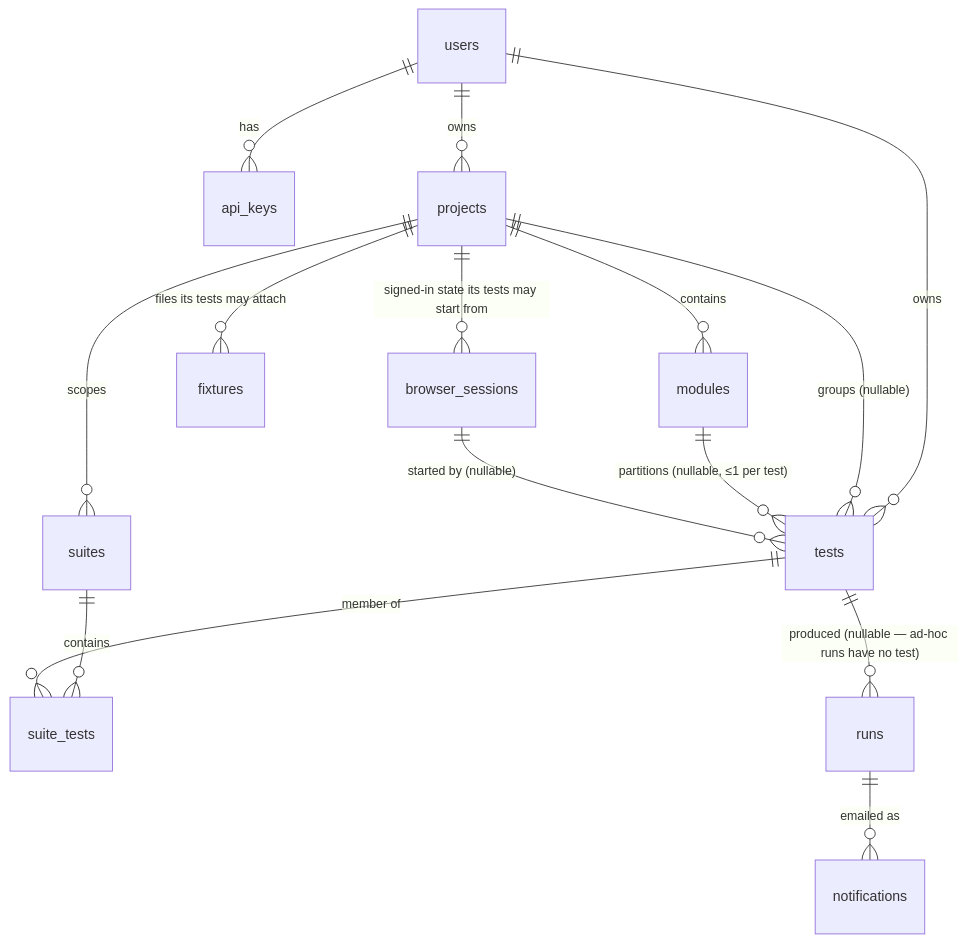
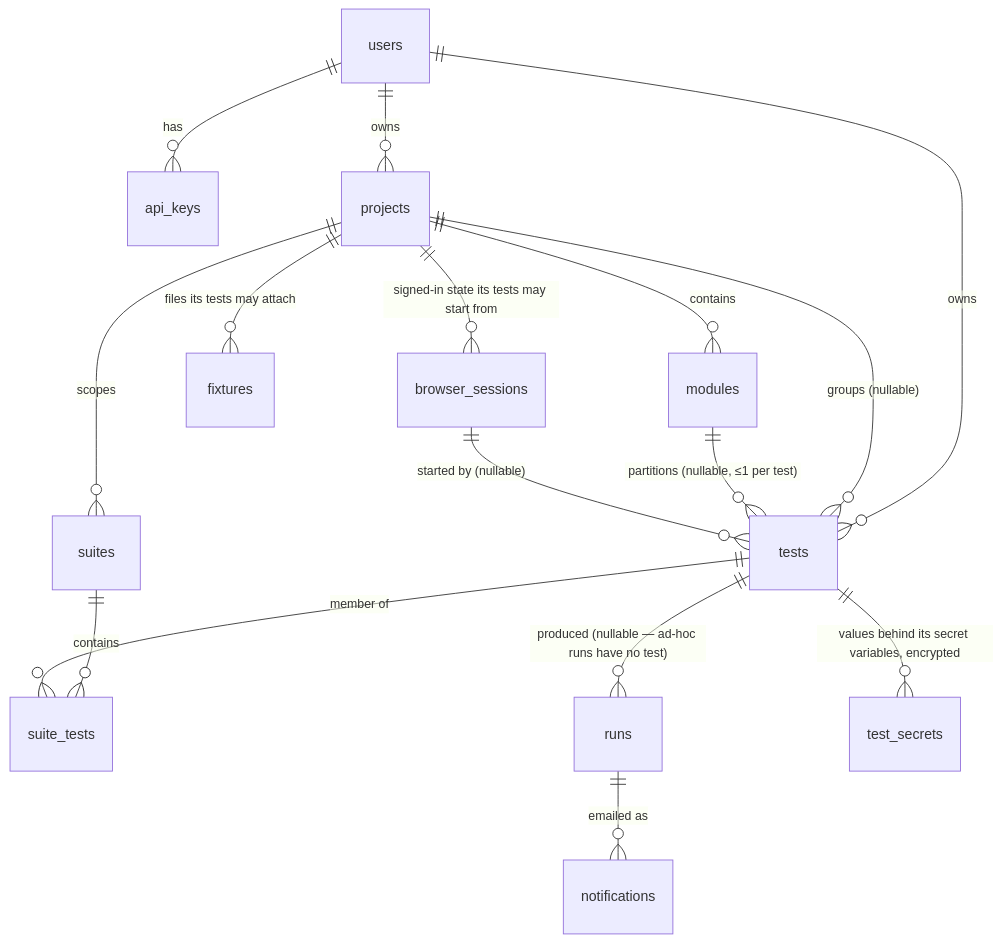
The diagram in db/README.md (rszhd/qassist), drawn with Mermaid before and after one commit. The commit also changed other lines of this file and 24 other files, not shown here.

````diff
--- a/db/README.md
+++ b/db/README.md
@@ -32,17 +32,18 @@
 ```mermaid
 erDiagram
   users    ||--o{ api_keys : has
   users    ||--o{ tests : owns
   users    ||--o{ projects : owns
   projects ||--o{ modules : contains
   projects ||--o{ suites : scopes
   projects ||--o{ tests : "groups (nullable)"
   modules  ||--o{ tests : "partitions (nullable, ≤1 per test)"
   suites   ||--o{ suite_tests : contains
   tests    ||--o{ suite_tests : "member of"
   tests    ||--o{ runs : "produced (nullable — ad-hoc runs have no test)"
   runs     ||--o{ notifications : "emailed as"
   projects ||--o{ fixtures : "files its tests may attach"
   projects ||--o{ browser_sessions : "signed-in state its tests may start from"
   browser_sessions ||--o{ tests : "started by (nullable)"
+  tests    ||--o{ test_secrets : "values behind its secret variables, encrypted"
 ```
````
